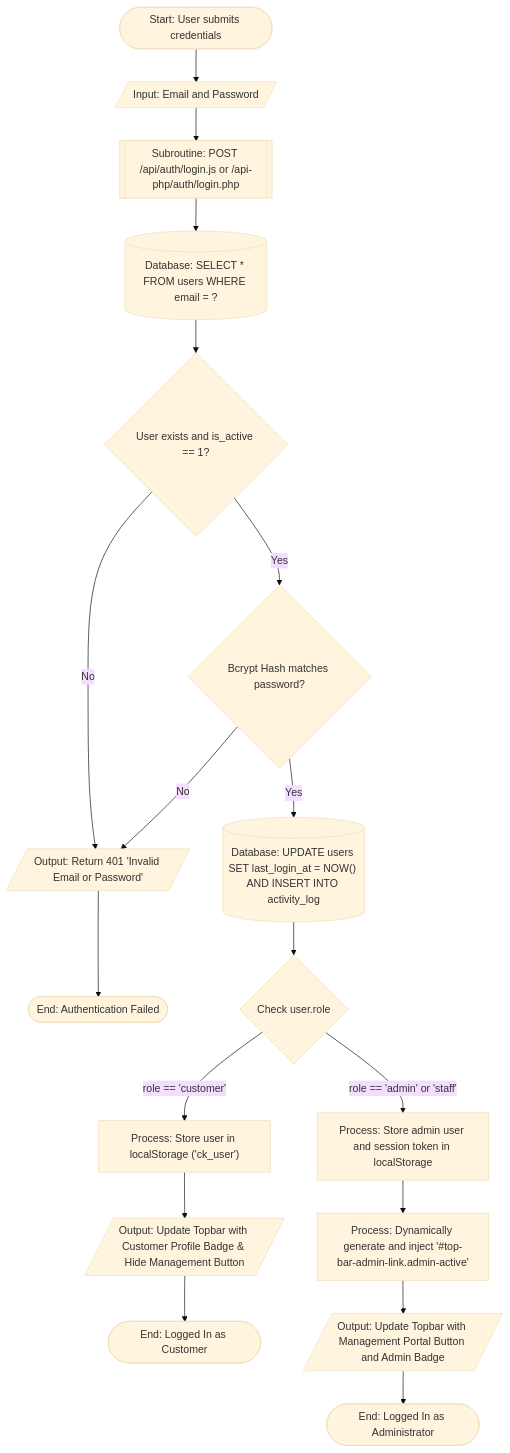
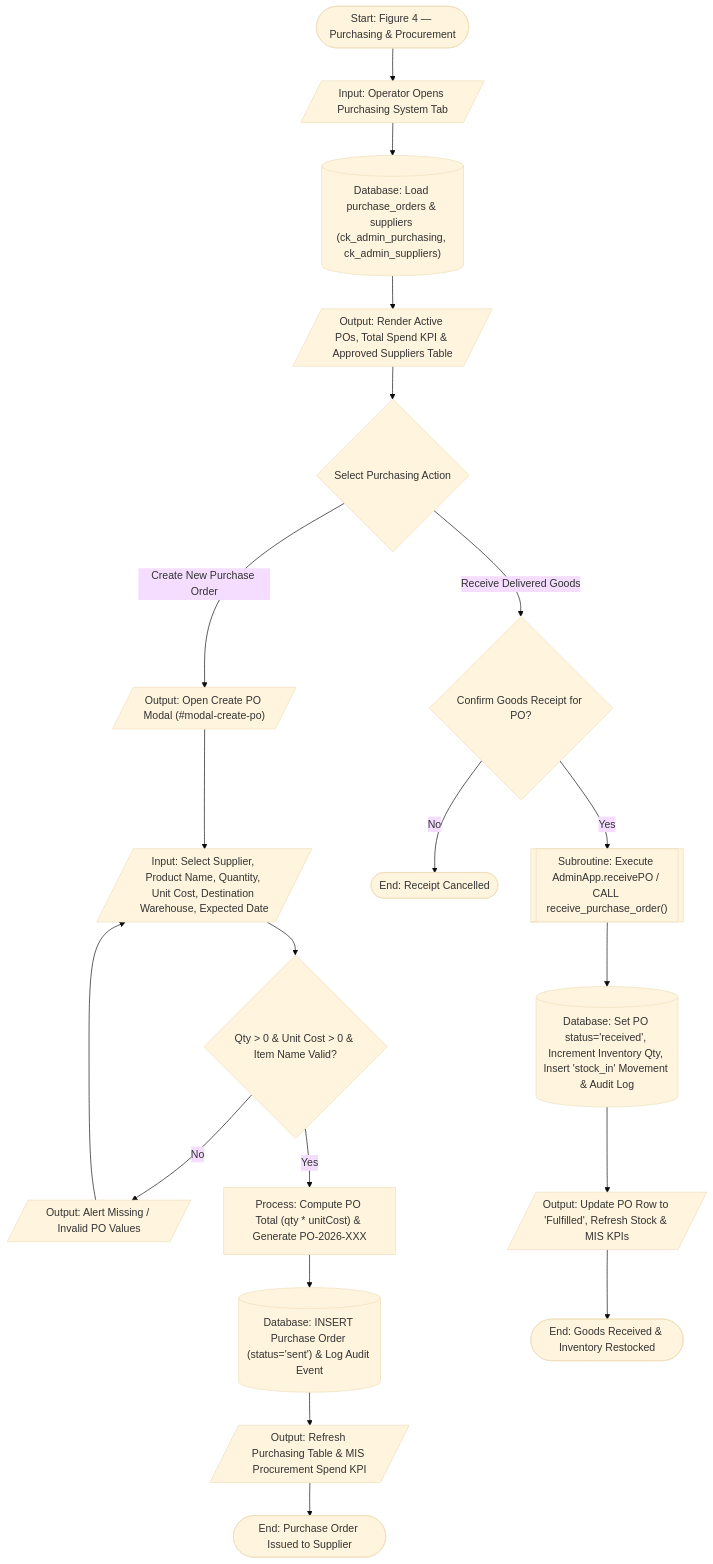
Before and after one commit to Zekerae/creativekit3a: the fifth of 8 diagrams in docs/SYSTEM_FLOWCHART.md, drawn with Mermaid (base theme). The commit also changed other lines of this file and 1 other file, not shown here.

Commit message:
docs: add per-system flowchart figures (Figures 1-7) and detailed ID/action descriptions in database data dictionary

````diff
--- a/docs/SYSTEM_FLOWCHART.md
+++ b/docs/SYSTEM_FLOWCHART.md
@@ -148,25 +188,26 @@
 ```mermaid
 flowchart TD
-    START_A(["Start: User submits credentials"]) --> IN_CREDS[/"Input: Email and Password"/]
-    IN_CREDS --> API_AUTH[["Subroutine: POST /api/auth/login.js or /api-php/auth/login.php"]]
-    API_AUTH --> SQL_USER[("Database: SELECT * FROM users WHERE email = ?")]
+    F4_START(["Start: Figure 4 — Purchasing & Procurement"]) --> F4_OPEN[/"Input: Operator Opens Purchasing System Tab"/]
+    F4_OPEN --> F4_LOAD[("Database: Load purchase_orders & suppliers (ck_admin_purchasing, ck_admin_suppliers)")]
+    F4_LOAD --> F4_DISP[/"Output: Render Active POs, Total Spend KPI & Approved Suppliers Table"/]
 
-    SQL_USER --> CHK_USER{"User exists and is_active == 1?"}
-    CHK_USER -->|No| ERR_USER[/"Output: Return 401 'Invalid Email or Password'"/]
-    ERR_USER --> END_A_FAIL(["End: Authentication Failed"])
+    F4_DISP --> F4_ACT{"Select Purchasing Action"}
 
-    CHK_USER -->|Yes| CHK_PW{"Bcrypt Hash matches password?"}
-    CHK_PW -->|No| ERR_USER
+    F4_ACT -->|Create New Purchase Order| F4_MODAL[/"Output: Open Create PO Modal (#modal-create-po)"/]
+    F4_MODAL --> F4_IN_PO[/"Input: Select Supplier, Product Name, Quantity, Unit Cost, Destination Warehouse, Expected Date"/]
+    F4_IN_PO --> F4_VAL{"Qty > 0 & Unit Cost > 0 & Item Name Valid?"}
+    F4_VAL -->|No| F4_ERR[/"Output: Alert Missing / Invalid PO Values"/]
+    F4_ERR --> F4_IN_PO
 
-    CHK_PW -->|Yes| SQL_LOGIN_AUDIT[("Database: UPDATE users SET last_login_at = NOW() AND INSERT INTO activity_log")]
-    SQL_LOGIN_AUDIT --> CHK_ROLE{"Check user.role"}
+    F4_VAL -->|Yes| F4_GEN_PO["Process: Compute PO Total (qty * unitCost) & Generate PO-2026-XXX"]
+    F4_GEN_PO --> F4_SAVE_PO[("Database: INSERT Purchase Order (status='sent') & Log Audit Event")]
+    F4_SAVE_PO --> F4_OUT_PO[/"Output: Refresh Purchasing Table & MIS Procurement Spend KPI"/]
+    F4_OUT_PO --> F4_END_CREATE(["End: Purchase Order Issued to Supplier"])
 
-    CHK_ROLE -->|role == 'customer'| SET_CUST_STORAGE["Process: Store user in localStorage ('ck_user')"]
-    SET_CUST_STORAGE --> OUT_CUST_UI[/"Output: Update Topbar with Customer Profile Badge & Hide Management Button"/]
-    OUT_CUST_UI --> END_A_CUST(["End: Logged In as Customer"])
-
-    CHK_ROLE -->|role == 'admin' or 'staff'| SET_ADMIN_STORAGE["Process: Store admin user and session token in localStorage"]
-    SET_ADMIN_STORAGE --> DYNAMIC_BTN["Process: Dynamically generate and inject '#top-bar-admin-link.admin-active'"]
-    DYNAMIC_BTN --> OUT_ADMIN_UI[/"Output: Update Topbar with Management Portal Button and Admin Badge"/]
-    OUT_ADMIN_UI --> END_A_ADMIN(["End: Logged In as Administrator"])
+    F4_ACT -->|Receive Delivered Goods| F4_CONF{"Confirm Goods Receipt for PO?"}
+    F4_CONF -->|No| F4_END_CANCEL(["End: Receipt Cancelled"])
+    F4_CONF -->|Yes| F4_SP_REC[["Subroutine: Execute AdminApp.receivePO / CALL receive_purchase_order()"]]
+    F4_SP_REC --> F4_DB_REC[("Database: Set PO status='received', Increment Inventory Qty, Insert 'stock_in' Movement & Audit Log")]
+    F4_DB_REC --> F4_REFRESH[/"Output: Update PO Row to 'Fulfilled', Refresh Stock & MIS KPIs"/]
+    F4_REFRESH --> F4_END_REC(["End: Goods Received & Inventory Restocked"])
 ```
````
